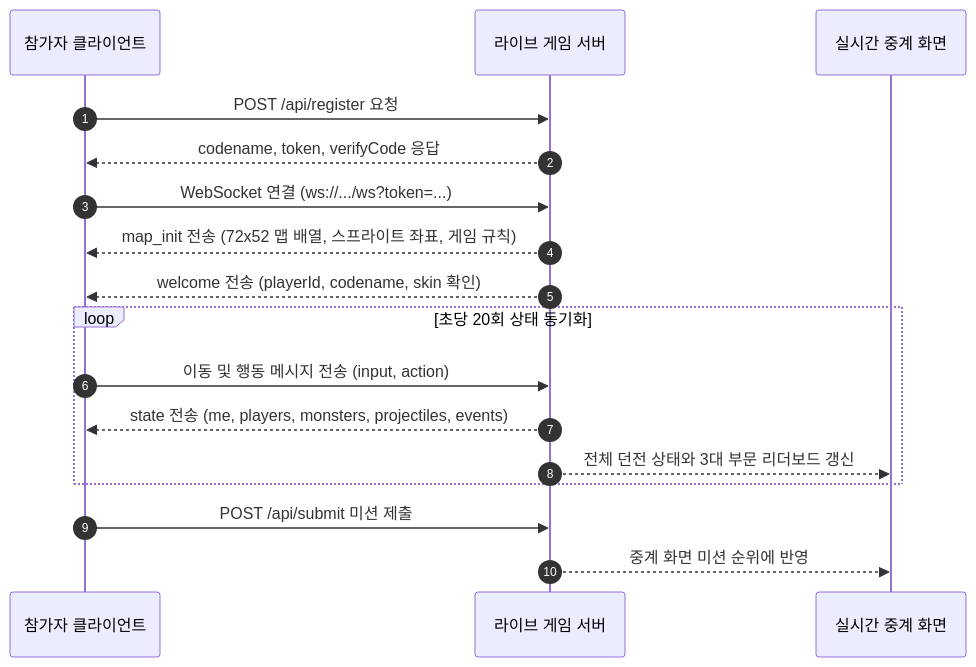
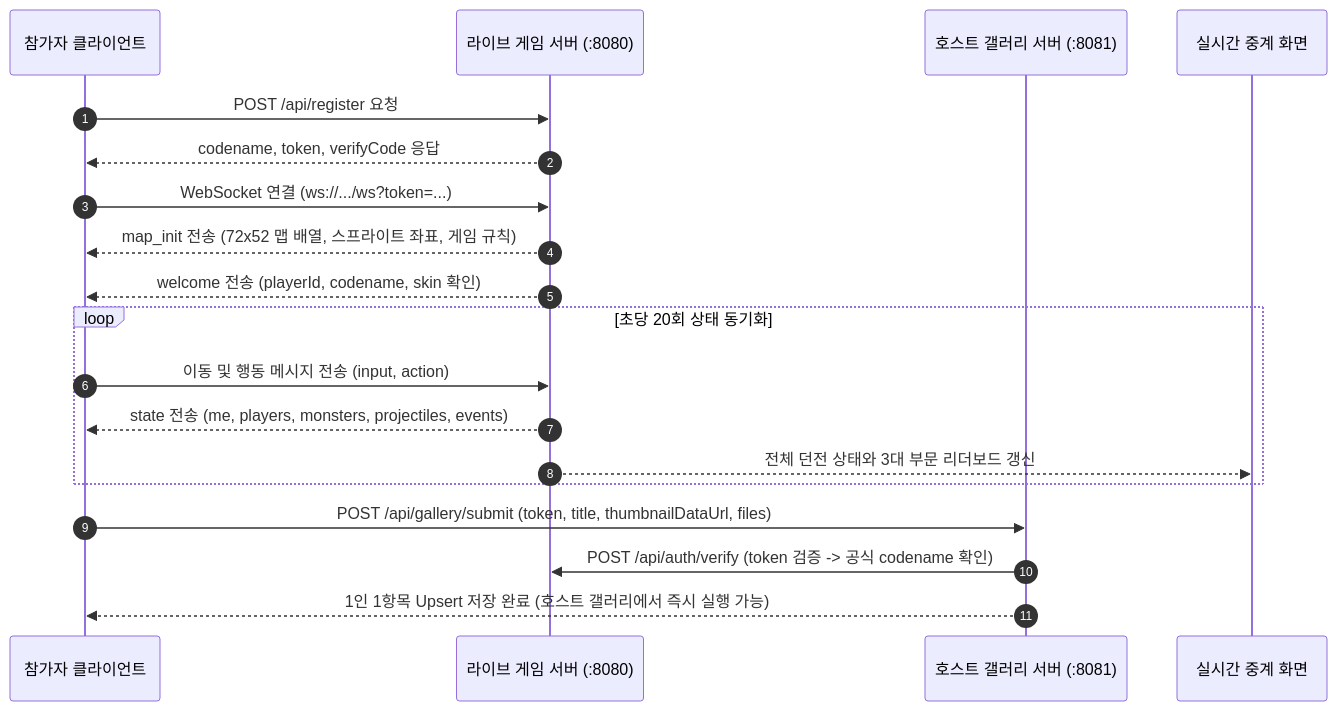
Before and after one commit to KennethanCeyer/build-beyond-limits: the second of 2 diagrams in README.md, drawn with Mermaid. The commit also changed other lines of this file and 13 other files, not shown here.

Commit message:
feat: add armor sprites, boss raid scaling specs, and upsert submit-client gallery skill

````diff
--- a/README.md
+++ b/README.md
@@ -32,22 +33,24 @@
 ```mermaid
 sequenceDiagram
   autonumber
   participant C as 참가자 클라이언트
-  participant S as 라이브 게임 서버
+  participant S as 라이브 게임 서버 (:8080)
+  participant G as 호스트 갤러리 서버 (:8081)
   participant B as 실시간 중계 화면
 
   C->>S: POST /api/register 요청
   S-->>C: codename, token, verifyCode 응답
   C->>S: WebSocket 연결 (ws://.../ws?token=...)
   S-->>C: map_init 전송 (72x52 맵 배열, 스프라이트 좌표, 게임 규칙)
   S-->>C: welcome 전송 (playerId, codename, skin 확인)
 
   loop 초당 20회 상태 동기화
     C->>S: 이동 및 행동 메시지 전송 (input, action)
     S-->>C: state 전송 (me, players, monsters, projectiles, events)
     S-->>B: 전체 던전 상태와 3대 부문 리더보드 갱신
   end
 
-  C->>S: POST /api/submit 미션 제출
-  S-->>B: 중계 화면 미션 순위에 반영
+  C->>G: POST /api/gallery/submit (token, title, thumbnailDataUrl, files)
+  G->>S: POST /api/auth/verify (token 검증 -> 공식 codename 확인)
+  G-->>C: 1인 1항목 Upsert 저장 완료 (호스트 갤러리에서 즉시 실행 가능)
 ```
````
